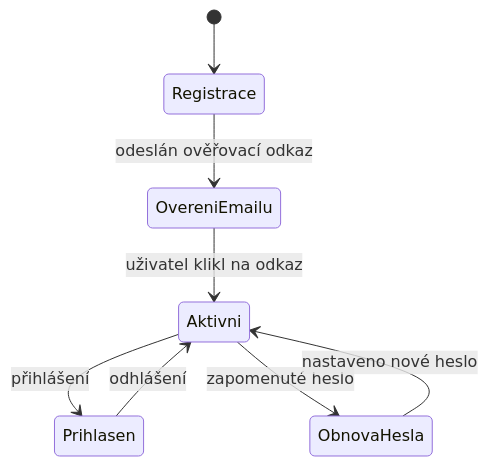
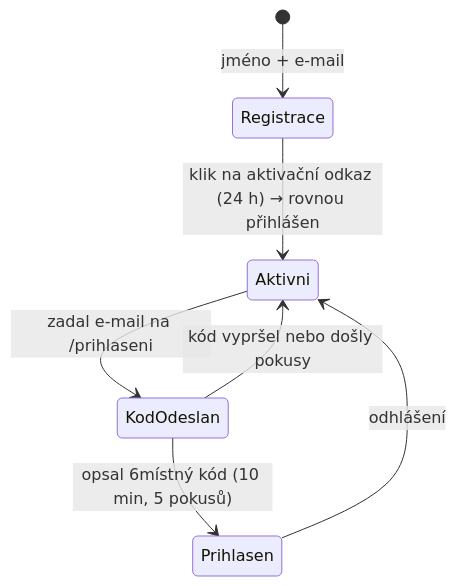
One commit to iziqq/fridrich.cloud changed the diagram in doc/architecture.md. Above: the diagram before and after it, drawn with Mermaid. The commit also changed other lines of this file and 43 other files, not shown here.

````diff
--- a/doc/architecture.md
+++ b/doc/architecture.md
@@ -224,10 +224,9 @@
 ```mermaid
 stateDiagram-v2
-    [*] --> Registrace
-    Registrace --> OvereniEmailu : odeslán ověřovací odkaz
-    OvereniEmailu --> Aktivni : uživatel klikl na odkaz
-    Aktivni --> Prihlasen : přihlášení
+    [*] --> Registrace : jméno + e-mail
+    Registrace --> Aktivni : klik na aktivační odkaz (24 h) → rovnou přihlášen
+    Aktivni --> KodOdeslan : zadal e-mail na /prihlaseni
+    KodOdeslan --> Prihlasen : opsal 6místný kód (10 min, 5 pokusů)
+    KodOdeslan --> Aktivni : kód vypršel nebo došly pokusy
     Prihlasen --> Aktivni : odhlášení
-    Aktivni --> ObnovaHesla : zapomenuté heslo
-    ObnovaHesla --> Aktivni : nastaveno nové heslo
 ```
````
